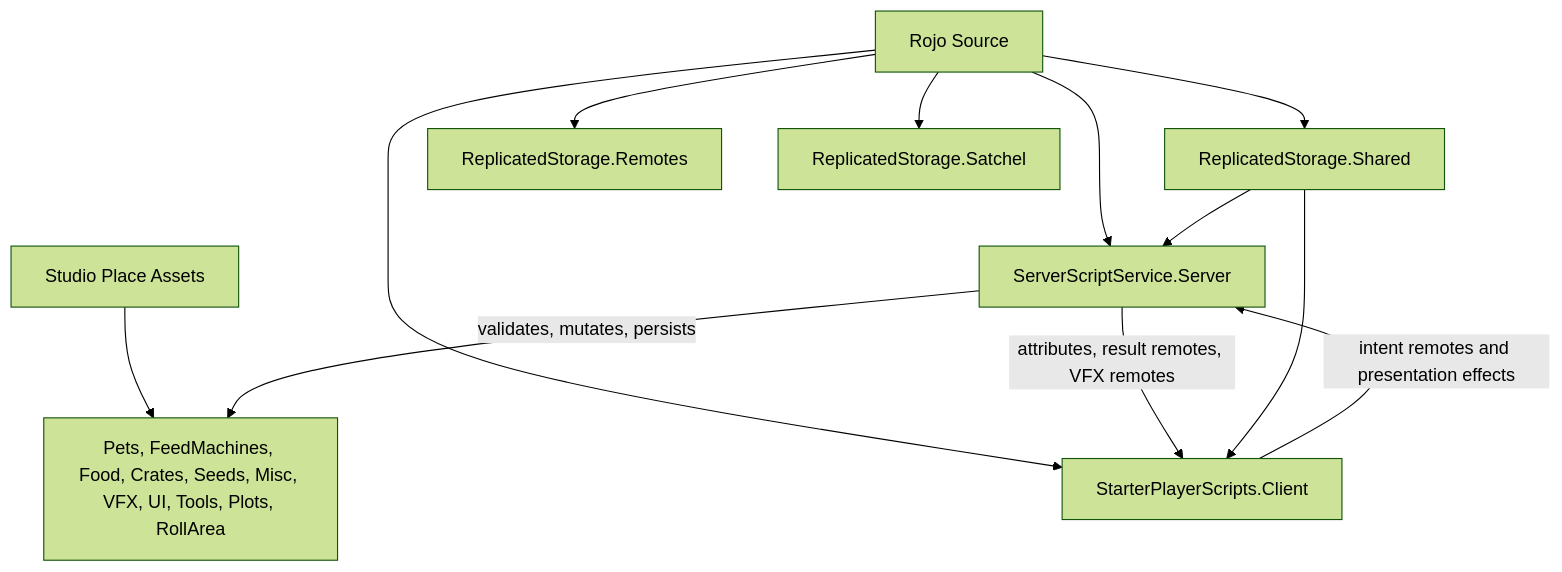
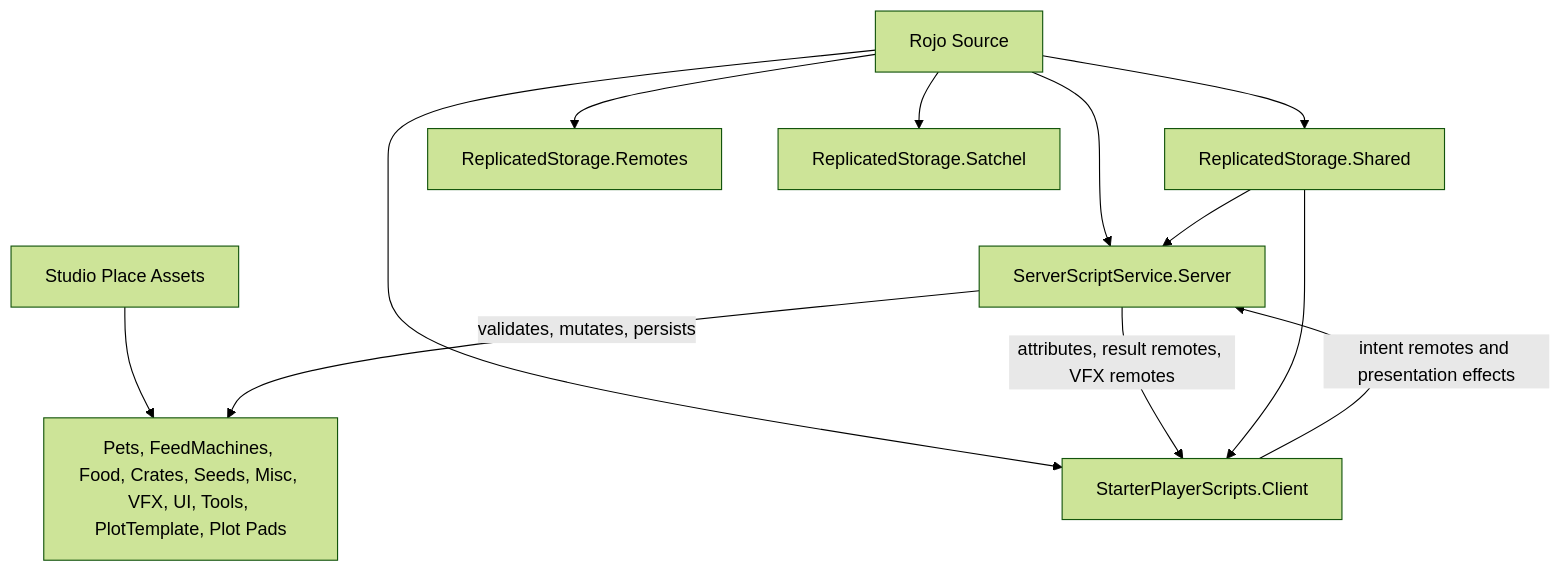
Before and after one commit to yacti/my-game: the diagram in AGENTS.md, drawn with Mermaid (forest theme). The commit also changed other lines of this file and 4 other files, not shown here.

Commit message:
Plots: load runtime plots from template

````diff
--- a/AGENTS.md
+++ b/AGENTS.md
@@ -35,14 +35,14 @@
 ```mermaid
 flowchart TD
   RojoSource["Rojo Source"] --> SharedCode["ReplicatedStorage.Shared"]
   RojoSource --> ServerCode["ServerScriptService.Server"]
   RojoSource --> ClientCode["StarterPlayerScripts.Client"]
   RojoSource --> RemoteFolder["ReplicatedStorage.Remotes"]
   RojoSource --> SatchelAsset["ReplicatedStorage.Satchel"]
-  StudioPlace["Studio Place Assets"] --> RuntimeTemplates["Pets, FeedMachines, Food, Crates, Seeds, Misc, VFX, UI, Tools, Plots, RollArea"]
+  StudioPlace["Studio Place Assets"] --> RuntimeTemplates["Pets, FeedMachines, Food, Crates, Seeds, Misc, VFX, UI, Tools, PlotTemplate, Plot Pads"]
   ClientCode -->|"intent remotes and presentation effects"| ServerCode
   ServerCode -->|"validates, mutates, persists"| RuntimeTemplates
   ServerCode -->|"attributes, result remotes, VFX remotes"| ClientCode
   SharedCode --> ServerCode
   SharedCode --> ClientCode
 ```
````
